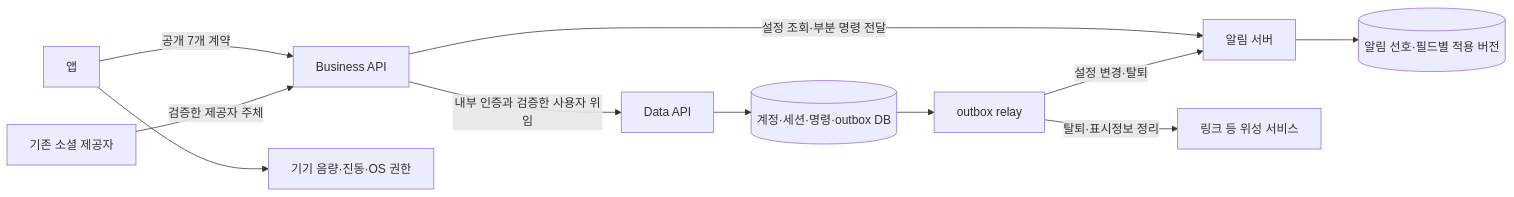
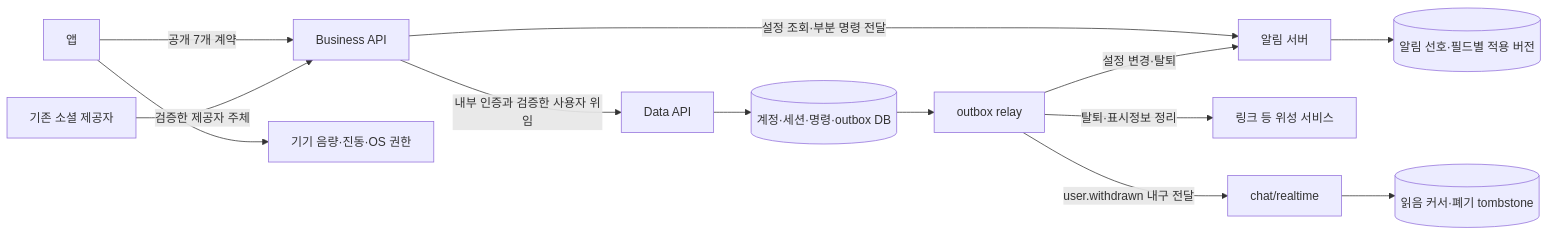
The first of 6 diagrams in docs/prd/account/high-level-design.md (OneOrThree/phone), drawn with Mermaid before and after one commit. The commit also changed other lines of this file and 4 other files, not shown here.

````diff
--- a/docs/prd/account/high-level-design.md
+++ b/docs/prd/account/high-level-design.md
@@ -9,13 +9,15 @@
 ```mermaid
 flowchart LR
     App[앱] -->|공개 7개 계약| B[Business API]
     Provider[기존 소셜 제공자] -->|검증한 제공자 주체| B
     B -->|내부 인증과 검증한 사용자 위임| D[Data API]
     D --> DB[(계정·세션·명령·outbox DB)]
     B -->|설정 조회·부분 명령 전달| N[알림 서버]
     N --> NDB[(알림 선호·필드별 적용 버전)]
     DB --> Relay[outbox relay]
     Relay -->|설정 변경·탈퇴| N
     Relay -->|탈퇴·표시정보 정리| L[링크 등 위성 서비스]
+    Relay -->|user.withdrawn 내구 전달| C[chat/realtime]
+    C --> CDB[(읽음 커서·폐기 tombstone)]
     App --> Local[기기 음량·진동·OS 권한]
 ```
````
